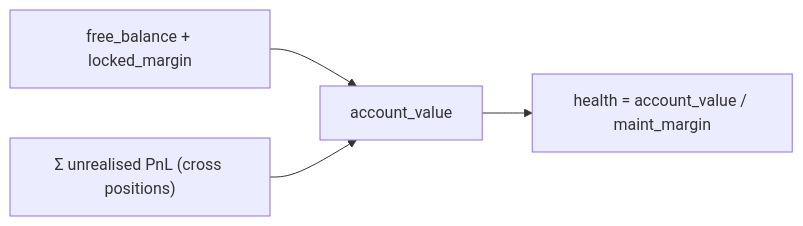
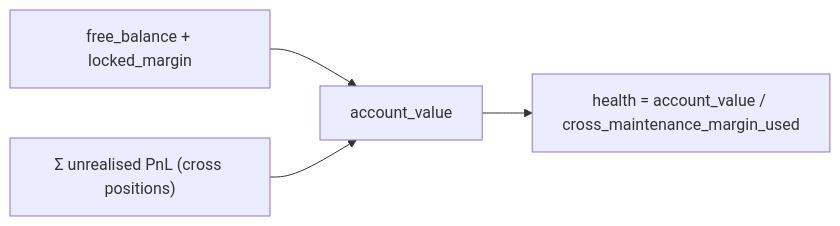
One commit to mtf-exchange/metaflux-knowledges changed the first of 4 diagrams in docs/concepts/margin-modes.md. Above: the diagram before and after it, drawn with Mermaid. The commit also changed other lines of this file and 10 other files, not shown here.

````diff
--- a/docs/concepts/margin-modes.md
+++ b/docs/concepts/margin-modes.md
@@ -79,6 +80,6 @@
 ```mermaid
 flowchart LR
     A["free_balance + locked_margin"] --> AV["account_value"]
     PNL["Σ unrealised PnL (cross positions)"] --> AV
-    AV --> H["health = account_value / maint_margin"]
+    AV --> H["health = account_value / cross_maintenance_margin_used"]
 ```
````
